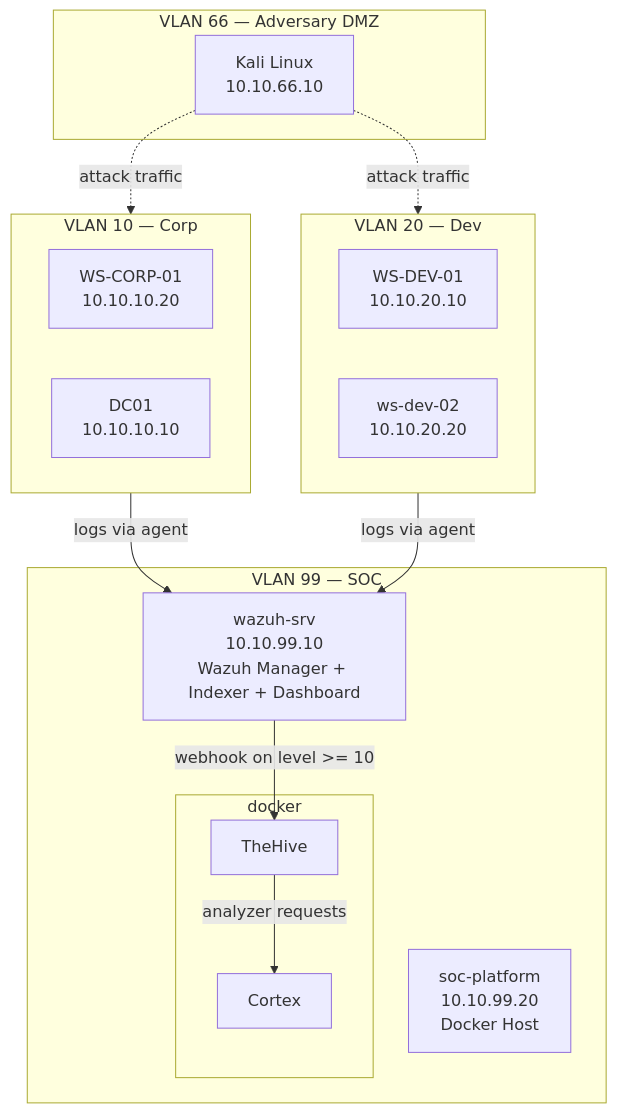
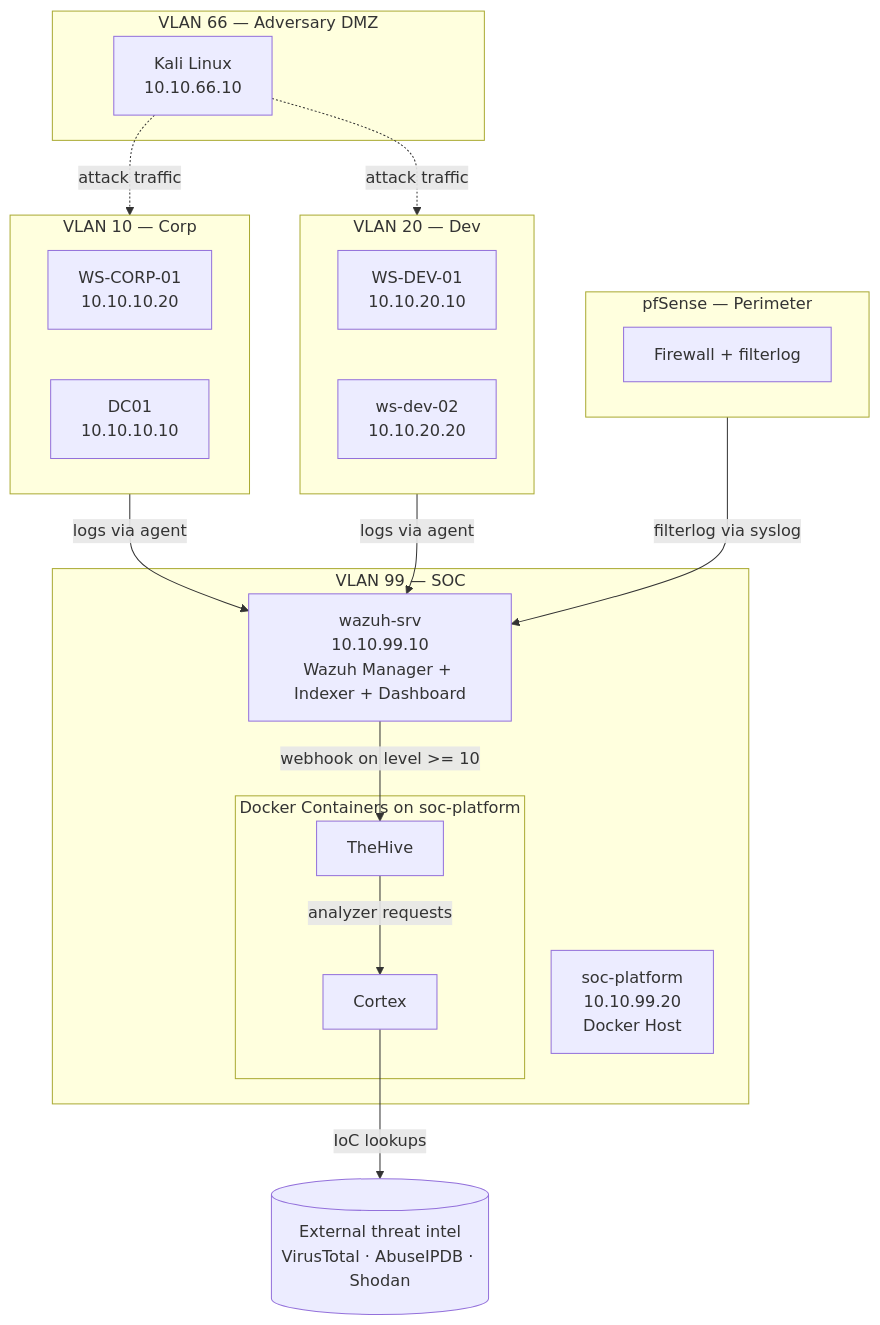
One commit to DanielBandarica02/SOC-HomeLab changed the diagram in docs/07-soc-platform/01-architecture.md. Above: the diagram before and after it, drawn with Mermaid.

````diff
--- a/docs/07-soc-platform/01-architecture.md
+++ b/docs/07-soc-platform/01-architecture.md
@@ -30,32 +30,40 @@
 ```mermaid
 flowchart TB
     subgraph vlan66[VLAN 66 — Adversary DMZ]
         kali[Kali Linux<br/>10.10.66.10]
     end
  
     subgraph vlan10[VLAN 10 — Corp]
         wscorp[WS-CORP-01<br/>10.10.10.20]
         dc[DC01<br/>10.10.10.10]
     end
  
     subgraph vlan20[VLAN 20 — Dev]
         wsdev01[WS-DEV-01<br/>10.10.20.10]
         wsdev02[ws-dev-02<br/>10.10.20.20]
     end
  
+    subgraph pfsense[pfSense — Perimeter]
+        fw[Firewall + filterlog]
+    end
+ 
     subgraph vlan99[VLAN 99 — SOC]
         wazuhsrv[wazuh-srv<br/>10.10.99.10<br/>Wazuh Manager + Indexer + Dashboard]
         socplatform[soc-platform<br/>10.10.99.20<br/>Docker Host]
-        subgraph docker
+        subgraph docker[Docker Containers on soc-platform]
             thehive[TheHive]
             cortex[Cortex]
         end
     end
  
+    ti[(External threat intel<br/>VirusTotal · AbuseIPDB · Shodan)]
+ 
     kali -.->|attack traffic| vlan10
     kali -.->|attack traffic| vlan20
     vlan10 -->|logs via agent| wazuhsrv
     vlan20 -->|logs via agent| wazuhsrv
+    pfsense -->|filterlog via syslog| wazuhsrv
     wazuhsrv -->|webhook on level >= 10| thehive
     thehive -->|analyzer requests| cortex
+    cortex -->|IoC lookups| ti
 ```
````
